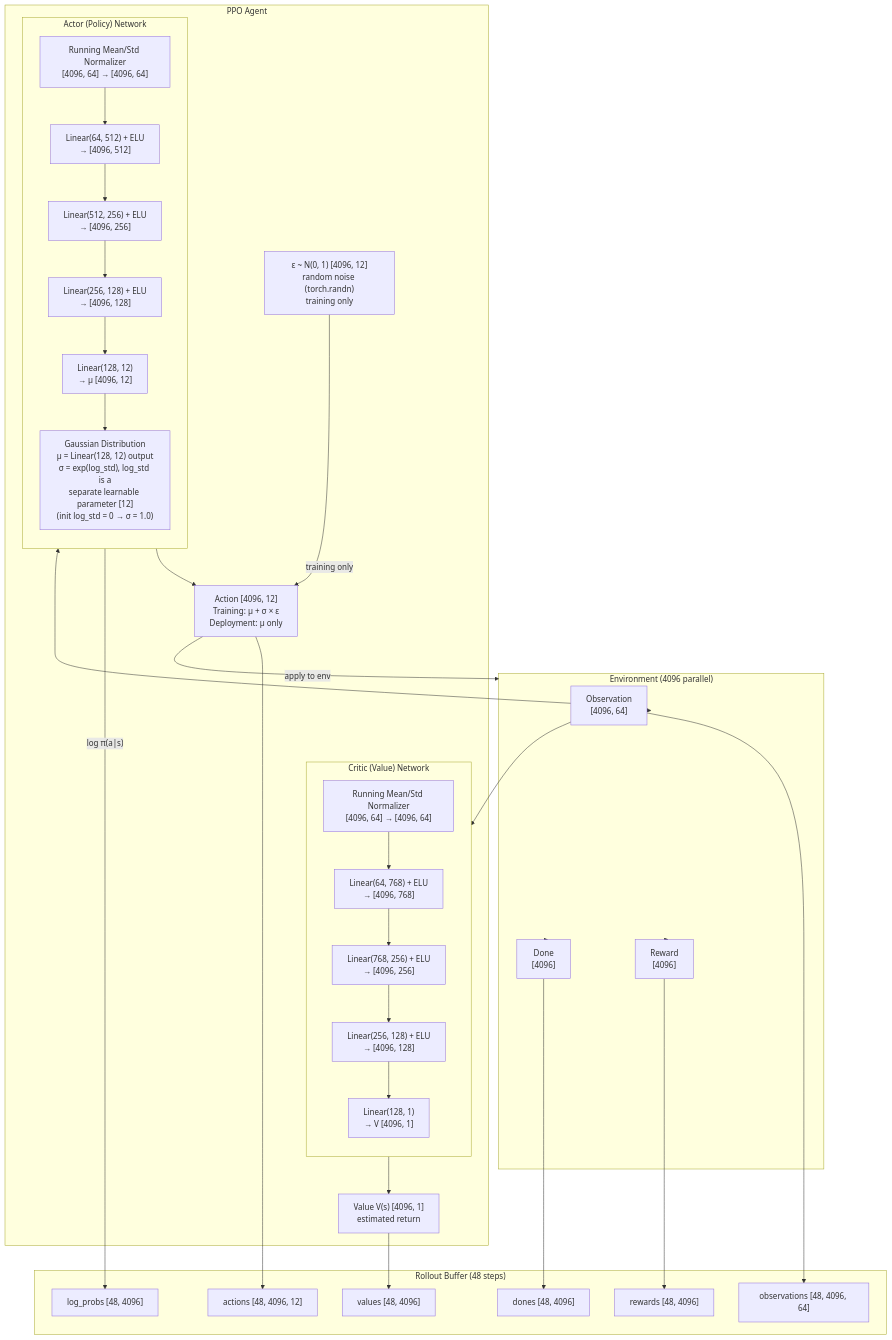
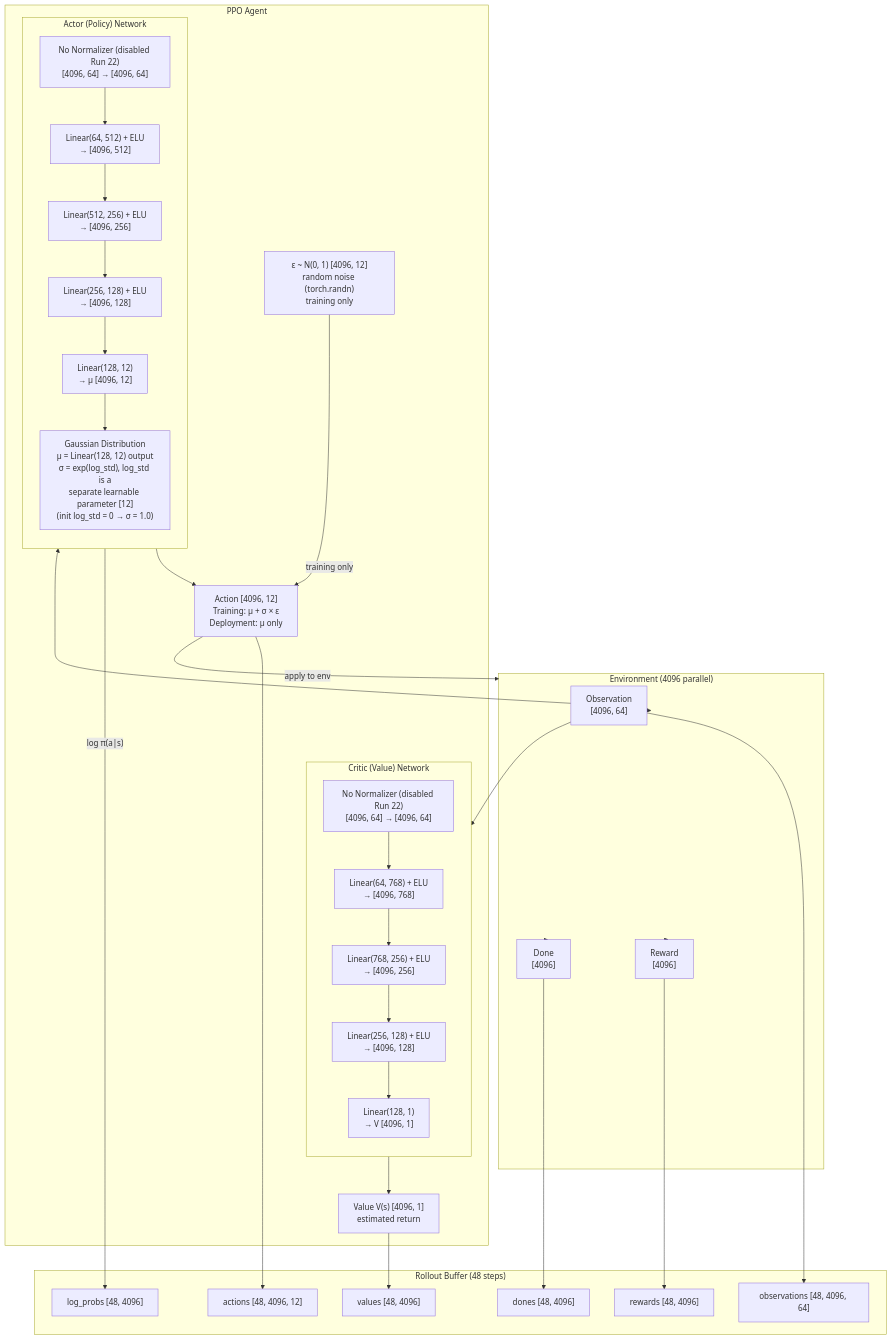
The first of 9 diagrams in docs/PPO_NETWORK.md (armmarov/armrobot), drawn with Mermaid before and after one commit. The commit also changed other lines of this file and 2 other files, not shown here.

First line of the commit message:
Run 22: Disable observation normalization to match EngineAI

````diff
--- a/docs/PPO_NETWORK.md
+++ b/docs/PPO_NETWORK.md
@@ -5,62 +5,62 @@
 ```mermaid
 flowchart TB
     subgraph ENV["Environment (4096 parallel)"]
         OBS["Observation<br/>[4096, 64]"]
         REW["Reward<br/>[4096]"]
         DONE["Done<br/>[4096]"]
     end
 
     subgraph AGENT["PPO Agent"]
         subgraph ACTOR["Actor (Policy) Network"]
             direction TB
-            A_NORM["Running Mean/Std Normalizer<br/>[4096, 64] → [4096, 64]"]
+            A_NORM["No Normalizer (disabled Run 22)<br/>[4096, 64] → [4096, 64]"]
             A_L1["Linear(64, 512) + ELU<br/>→ [4096, 512]"]
             A_L2["Linear(512, 256) + ELU<br/>→ [4096, 256]"]
             A_L3["Linear(256, 128) + ELU<br/>→ [4096, 128]"]
             A_OUT["Linear(128, 12)<br/>→ μ [4096, 12]"]
             A_DIST["Gaussian Distribution<br/>μ = Linear(128, 12) output<br/>σ = exp(log_std), log_std is a<br/>separate learnable parameter [12]<br/>(init log_std = 0 → σ = 1.0)"]
             A_NORM --> A_L1 --> A_L2 --> A_L3 --> A_OUT --> A_DIST
         end
 
         subgraph CRITIC["Critic (Value) Network"]
             direction TB
-            C_NORM["Running Mean/Std Normalizer<br/>[4096, 64] → [4096, 64]"]
+            C_NORM["No Normalizer (disabled Run 22)<br/>[4096, 64] → [4096, 64]"]
             C_L1["Linear(64, 768) + ELU<br/>→ [4096, 768]"]
             C_L2["Linear(768, 256) + ELU<br/>→ [4096, 256]"]
             C_L3["Linear(256, 128) + ELU<br/>→ [4096, 128]"]
             C_OUT["Linear(128, 1)<br/>→ V [4096, 1]"]
             C_NORM --> C_L1 --> C_L2 --> C_L3 --> C_OUT
         end
 
         EPSILON["ε ~ N(0, 1) [4096, 12]<br/>random noise (torch.randn)<br/>training only"]
         ACTION["Action [4096, 12]<br/>Training: μ + σ × ε<br/>Deployment: μ only"]
         VALUE["Value V(s) [4096, 1]<br/>estimated return"]
 
         A_DIST --> ACTION
         EPSILON -->|"training only"| ACTION
         C_OUT --> VALUE
     end
 
     OBS --> A_NORM
     OBS --> C_NORM
     ACTION -->|"apply to env"| ENV
     ENV --> OBS
     ENV --> REW
     ENV --> DONE
 
     subgraph BUFFER["Rollout Buffer (48 steps)"]
         BUF_OBS["observations [48, 4096, 64]"]
         BUF_ACT["actions [48, 4096, 12]"]
         BUF_REW["rewards [48, 4096]"]
         BUF_VAL["values [48, 4096]"]
         BUF_LOG["log_probs [48, 4096]"]
         BUF_DONE["dones [48, 4096]"]
     end
 
     OBS --> BUF_OBS
     ACTION --> BUF_ACT
     REW --> BUF_REW
     VALUE --> BUF_VAL
     A_DIST -->|"log π(a|s)"| BUF_LOG
     DONE --> BUF_DONE
 ```
````
